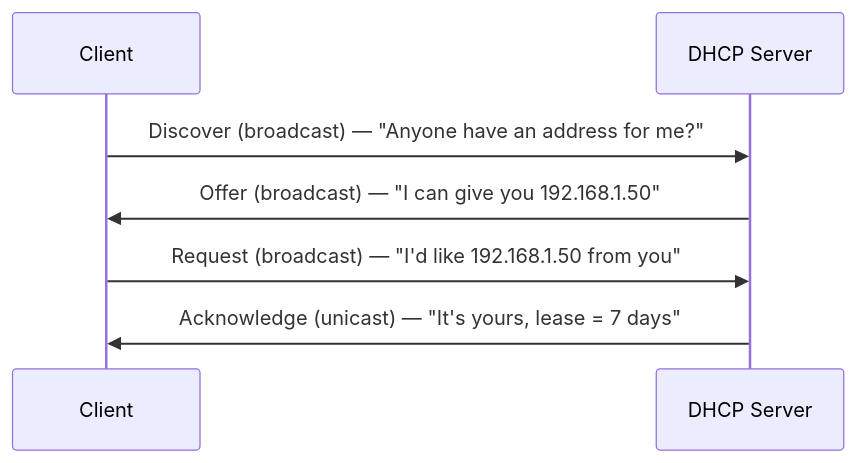
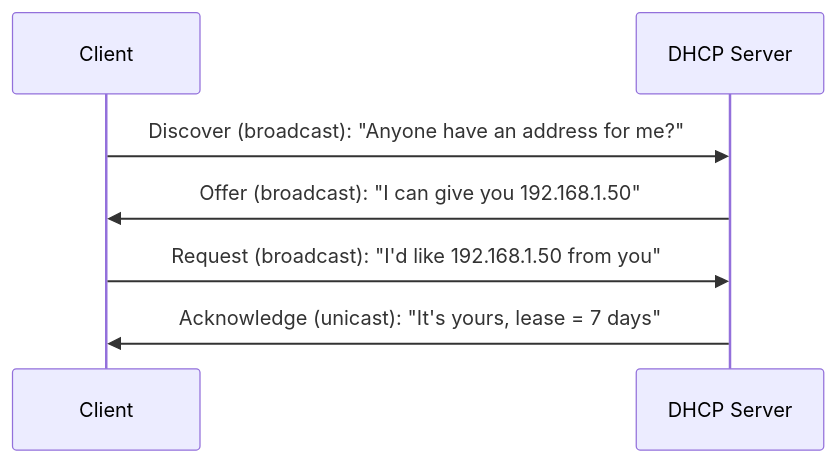
The first of 3 diagrams in src/content/docs/topics/networking/part-17-dhcp-and-dns.md (waggertron/tech-learning), drawn with Mermaid before and after one commit. The commit also changed 56 other files, not shown here.

````diff
--- a/src/content/docs/topics/networking/part-17-dhcp-and-dns.md
+++ b/src/content/docs/topics/networking/part-17-dhcp-and-dns.md
@@ -25,9 +25,9 @@
 ```mermaid
 sequenceDiagram
     participant C as Client
     participant S as DHCP Server
-    C->>S: Discover (broadcast) — "Anyone have an address for me?"
-    S->>C: Offer (broadcast) — "I can give you 192.168.1.50"
-    C->>S: Request (broadcast) — "I'd like 192.168.1.50 from you"
-    S->>C: Acknowledge (unicast) — "It's yours, lease = 7 days"
+    C->>S: Discover (broadcast): "Anyone have an address for me?"
+    S->>C: Offer (broadcast): "I can give you 192.168.1.50"
+    C->>S: Request (broadcast): "I'd like 192.168.1.50 from you"
+    S->>C: Acknowledge (unicast): "It's yours, lease = 7 days"
 ```
````
